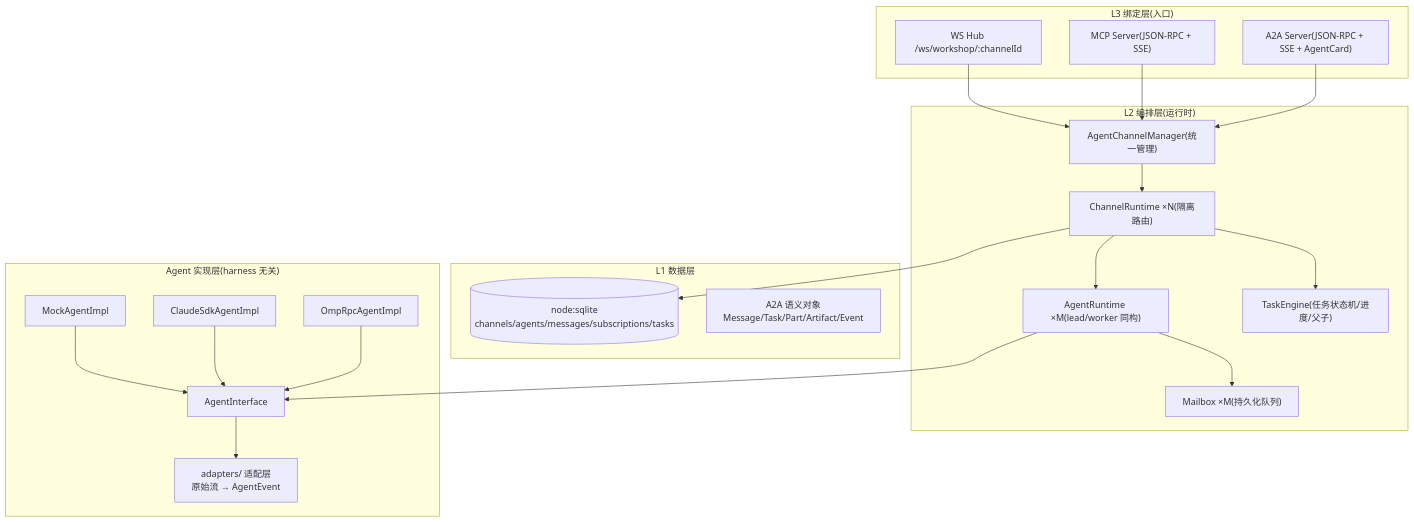
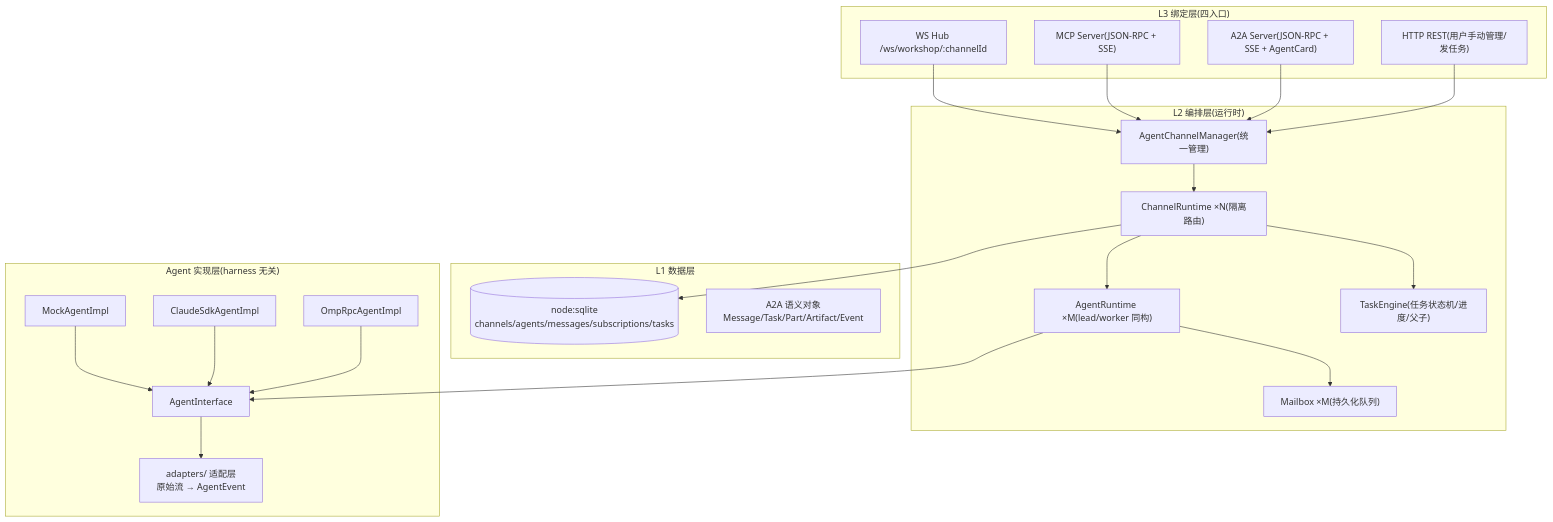
One commit to kingdol666/AgentWorkShop changed the third of 3 diagrams in docs/superpowers/specs/2026-08-13-agent-workshop-multi-agent-design.md. Above: the diagram before and after it, drawn with Mermaid. The commit also changed other lines of this file, not shown here.

````diff
--- a/docs/superpowers/specs/2026-08-13-agent-workshop-multi-agent-design.md
+++ b/docs/superpowers/specs/2026-08-13-agent-workshop-multi-agent-design.md
@@ -120,44 +120,46 @@
 ```mermaid
 graph TB
-  subgraph L3["L3 绑定层(入口)"]
+  subgraph L3["L3 绑定层(四入口)"]
     WS["WS Hub /ws/workshop/:channelId"]
     MCP["MCP Server(JSON-RPC + SSE)"]
     A2A["A2A Server(JSON-RPC + SSE + AgentCard)"]
+    REST["HTTP REST(用户手动管理/发任务)"]
   end
 
   subgraph L2["L2 编排层(运行时)"]
     MGR["AgentChannelManager(统一管理)"]
     CH["ChannelRuntime ×N(隔离路由)"]
     AR["AgentRuntime ×M(lead/worker 同构)"]
     MB["Mailbox ×M(持久化队列)"]
     TK["TaskEngine(任务状态机/进度/父子)"]
     MGR --> CH
     CH --> AR
     AR --> MB
     CH --> TK
   end
 
   subgraph L1["L1 数据层"]
     DB[("node:sqlite<br/>channels/agents/messages/subscriptions/tasks")]
     A2AO["A2A 语义对象<br/>Message/Task/Part/Artifact/Event"]
   end
 
   WS --> MGR
   MCP --> MGR
   A2A --> MGR
+  REST --> MGR
   CH --> DB
 
   subgraph IMPL["Agent 实现层(harness 无关)"]
     AI["AgentInterface"]
     MOCK["MockAgentImpl"]
     CLAUDE["ClaudeSdkAgentImpl"]
     OMP["OmpRpcAgentImpl"]
     AD["adapters/ 适配层<br/>原始流 → AgentEvent"]
     AI --> AD
     MOCK --> AI
     CLAUDE --> AI
     OMP --> AI
   end
 
   AR --> AI
 ```
````
